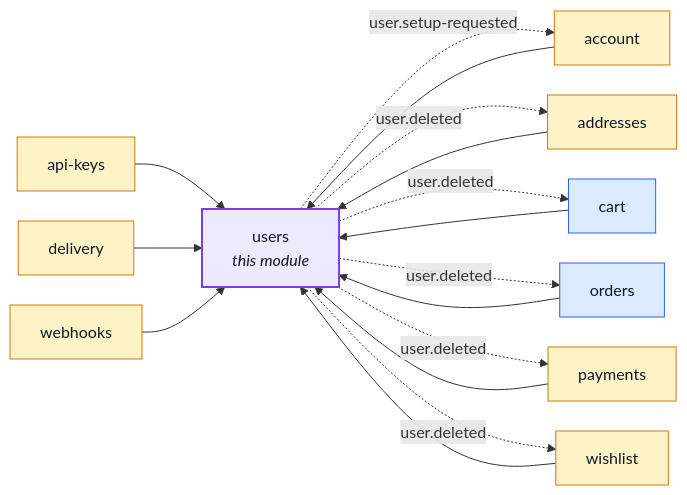
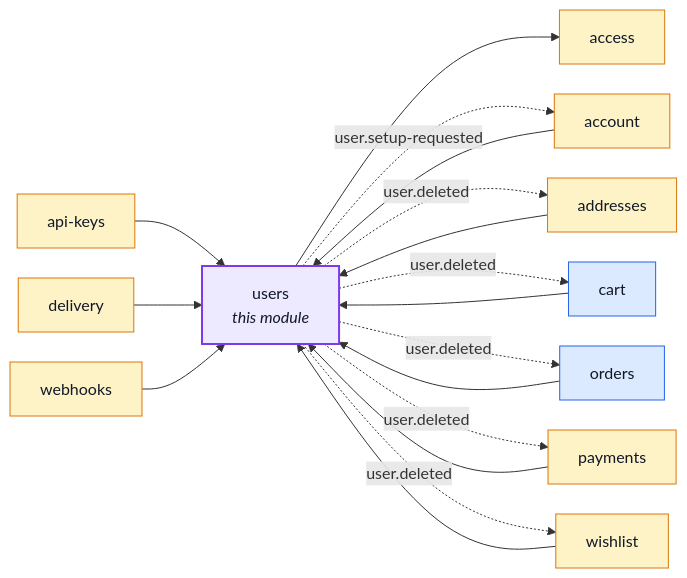
Before and after one commit to Guebbit/boilerplate-node-backend: the first of 2 diagrams in docs/modules/users.md, drawn with Mermaid. The commit also changed 51 other files, not shown here.

````diff
--- a/docs/modules/users.md
+++ b/docs/modules/users.md
@@ -16,38 +16,40 @@
 ```mermaid
 %%{init: {'flowchart': {'nodeSpacing': 30, 'rankSpacing': 60}}}%%
 flowchart LR
     users["users<br/><i>this module</i>"]
+    access["access"]
     account["account"]
     addresses["addresses"]
     api_keys["api-keys"]
     cart["cart"]
     delivery["delivery"]
     orders["orders"]
     payments["payments"]
     webhooks["webhooks"]
     wishlist["wishlist"]
 
     account --> users
     addresses --> users
     api_keys --> users
     cart --> users
     delivery --> users
     orders --> users
     payments --> users
     webhooks --> users
     wishlist --> users
+    users --> access
     users -. "user.setup-requested" .-> account
     users -. "user.deleted" .-> addresses
     users -. "user.deleted" .-> cart
     users -. "user.deleted" .-> orders
     users -. "user.deleted" .-> payments
     users -. "user.deleted" .-> wishlist
 
     classDef core fill:#dbeafe,stroke:#2563eb,color:#111827;
     classDef supporting fill:#fef3c7,stroke:#d97706,color:#111827;
     classDef generic fill:#dcfce7,stroke:#16a34a,color:#111827;
     classDef centre fill:#ede9fe,stroke:#7c3aed,stroke-width:2px,color:#111827;
     class cart,orders core;
-    class account,addresses,api_keys,delivery,payments,webhooks,wishlist supporting;
+    class access,account,addresses,api_keys,delivery,payments,webhooks,wishlist supporting;
     class users centre;
 ```
````
